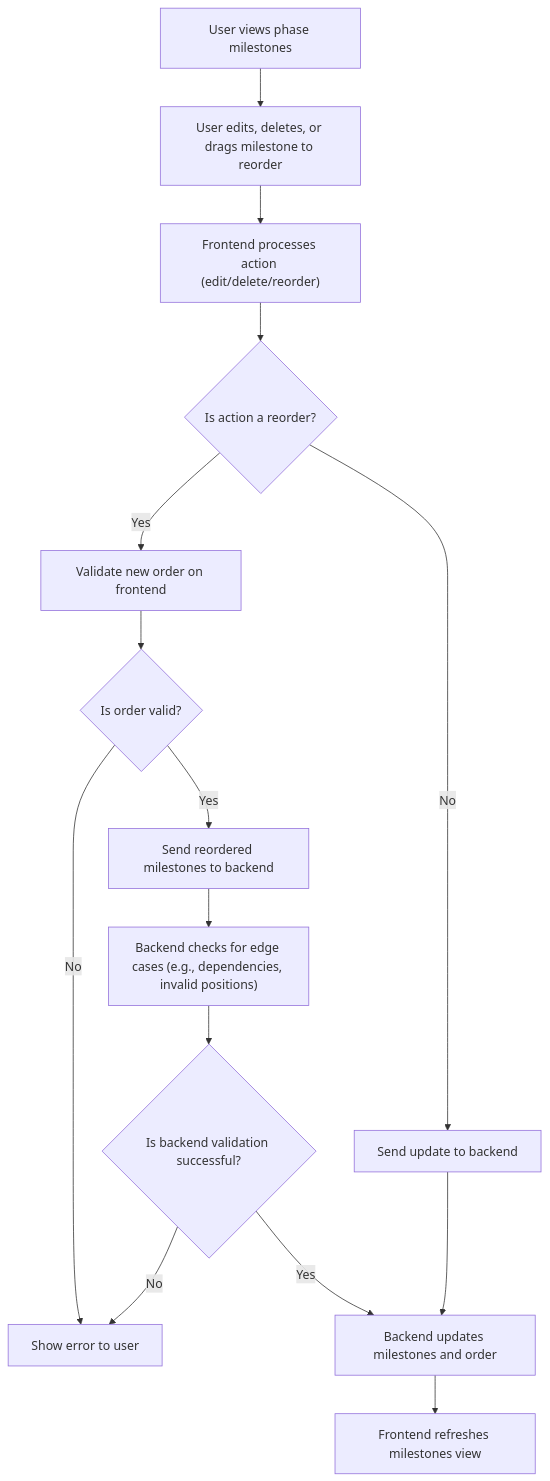
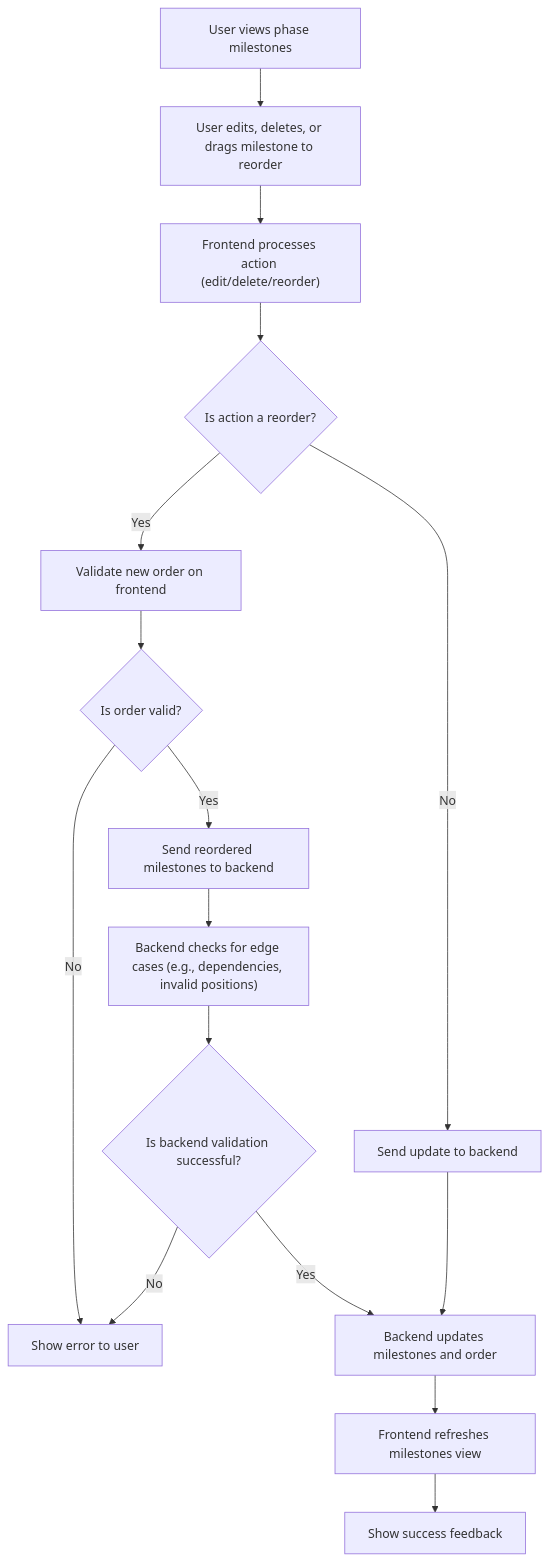
One commit to MetaU-Capstone-Solomon/project-planner changed the fourth of 5 diagrams in README.md. Above: the diagram before and after it, drawn with Mermaid. The commit also changed other lines of this file, not shown here.

Commit message:
flowchart: enhance stretch goal flowcharts with validation, error handling, and user feedback

````diff
--- a/README.md
+++ b/README.md
@@ -198,17 +207,18 @@
 ```mermaid
 flowchart TD
   A["User views phase milestones"] --> B["User edits, deletes, or drags milestone to reorder"]
   B --> C["Frontend processes action (edit/delete/reorder)"]
   C --> D{"Is action a reorder?"}
   D -- "No" --> E["Send update to backend"]
   D -- "Yes" --> F["Validate new order on frontend"]
   F --> G{"Is order valid?"}
   G -- "No" --> H["Show error to user"]
   G -- "Yes" --> I["Send reordered milestones to backend"]
   I --> J["Backend checks for edge cases (e.g., dependencies, invalid positions)"]
   J --> K{"Is backend validation successful?"}
   K -- "No" --> H
   K -- "Yes" --> L["Backend updates milestones and order"]
   E --> L
   L --> M["Frontend refreshes milestones view"]
+  M --> N["Show success feedback"]
 ```
````
